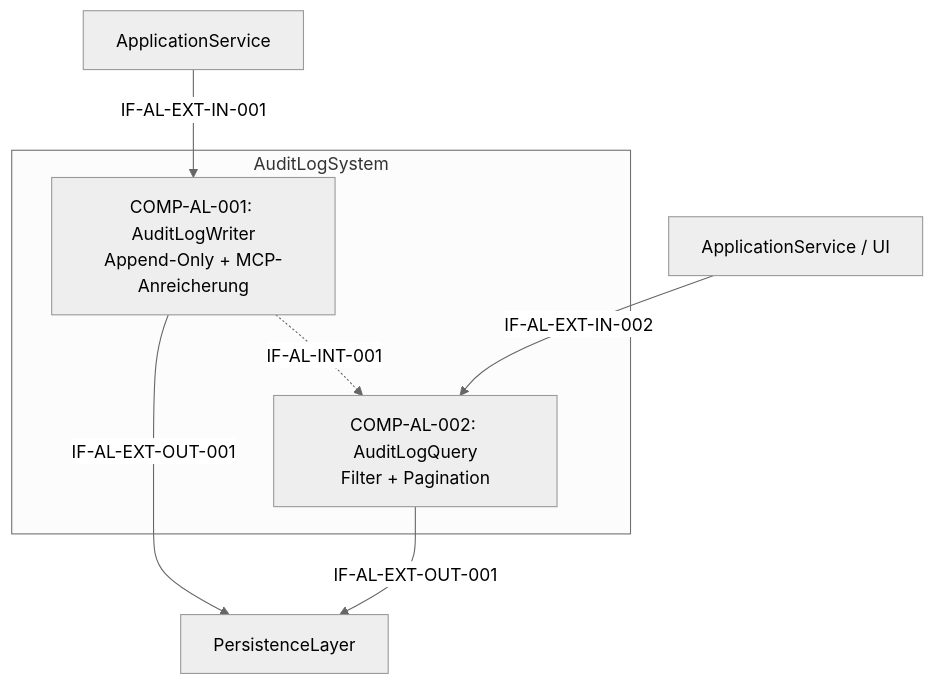
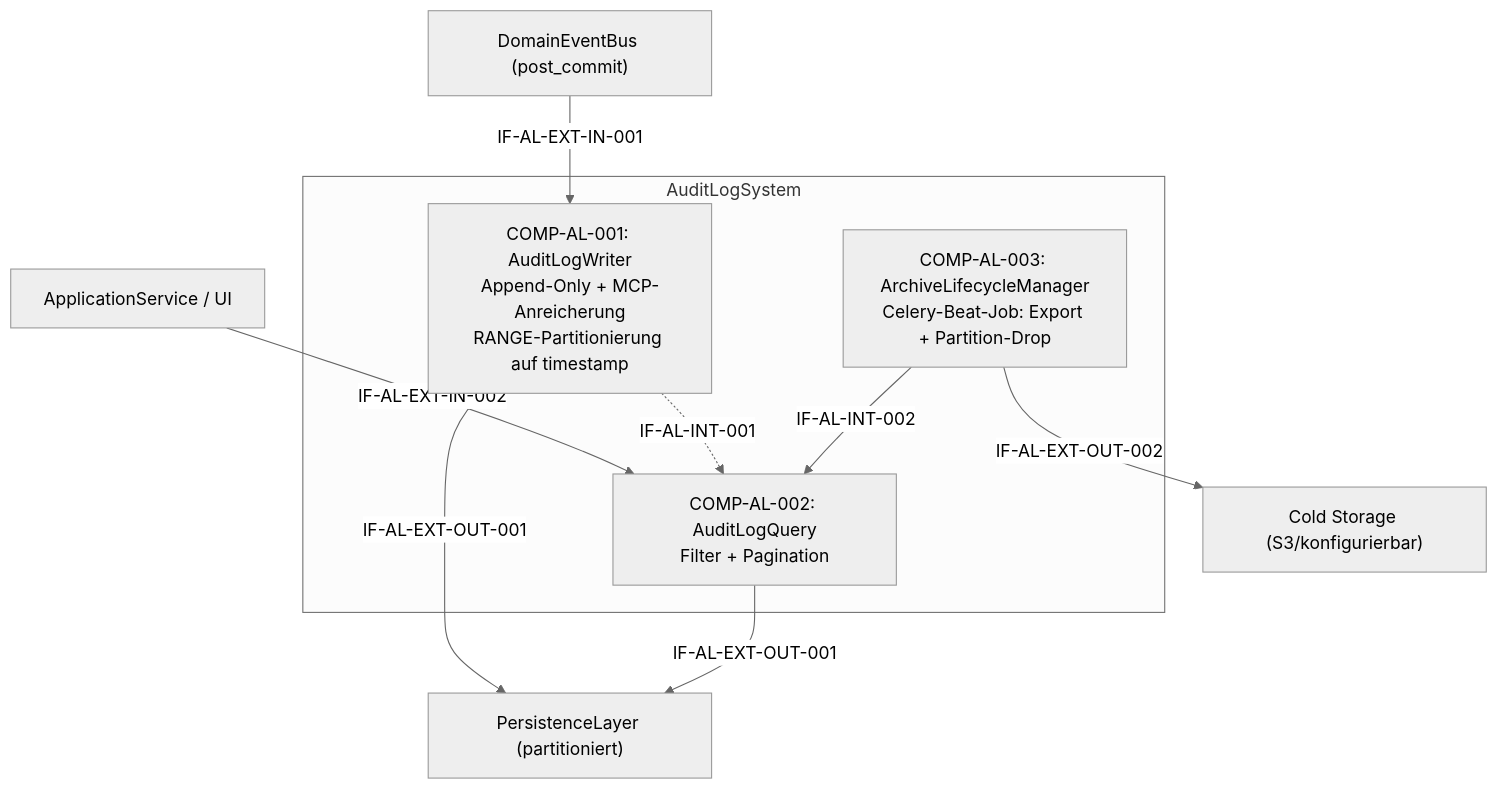
Before and after one commit to Popoboxxo/ReqogniLoom: the diagram in docs/se/L1/Gesamtsystem/L2/AuditLogSystem/L2_AuditLogSystem_Architecture.md, drawn with Mermaid (neutral theme). The commit also changed other lines of this file and 1 other file, not shown here.

Commit message:
feat(REQ-L2-AL-008): add table partitioning and cold-storage archiving to AuditLog

````diff
--- a/docs/se/L1/Gesamtsystem/L2/AuditLogSystem/L2_AuditLogSystem_Architecture.md
+++ b/docs/se/L1/Gesamtsystem/L2/AuditLogSystem/L2_AuditLogSystem_Architecture.md
@@ -46,15 +49,18 @@
 ```mermaid
 flowchart TD
     subgraph AuditLogSystem
-        C001["COMP-AL-001: AuditLogWriter<br/>Append-Only + MCP-Anreicherung"]
+        C001["COMP-AL-001: AuditLogWriter<br/>Append-Only + MCP-Anreicherung<br/>RANGE-Partitionierung auf timestamp"]
         C002["COMP-AL-002: AuditLogQuery<br/>Filter + Pagination"]
+        C003["COMP-AL-003: ArchiveLifecycleManager<br/>Celery-Beat-Job: Export + Partition-Drop"]
     end
 
-    ext_in1["ApplicationService"] -->|IF-AL-EXT-IN-001| C001
+    ext_bus["DomainEventBus (post_commit)"] -->|IF-AL-EXT-IN-001| C001
     ext_in2["ApplicationService / UI"] -->|IF-AL-EXT-IN-002| C002
 
-    C001 -->|IF-AL-EXT-OUT-001| ext_db["PersistenceLayer"]
+    C001 -->|IF-AL-EXT-OUT-001| ext_db["PersistenceLayer (partitioniert)"]
     C002 -->|IF-AL-EXT-OUT-001| ext_db
 
     C001 -.->|IF-AL-INT-001| C002
+    C003 -->|IF-AL-INT-002| C002
+    C003 -->|IF-AL-EXT-OUT-002| cold["Cold Storage (S3/konfigurierbar)"]
 ```
````
